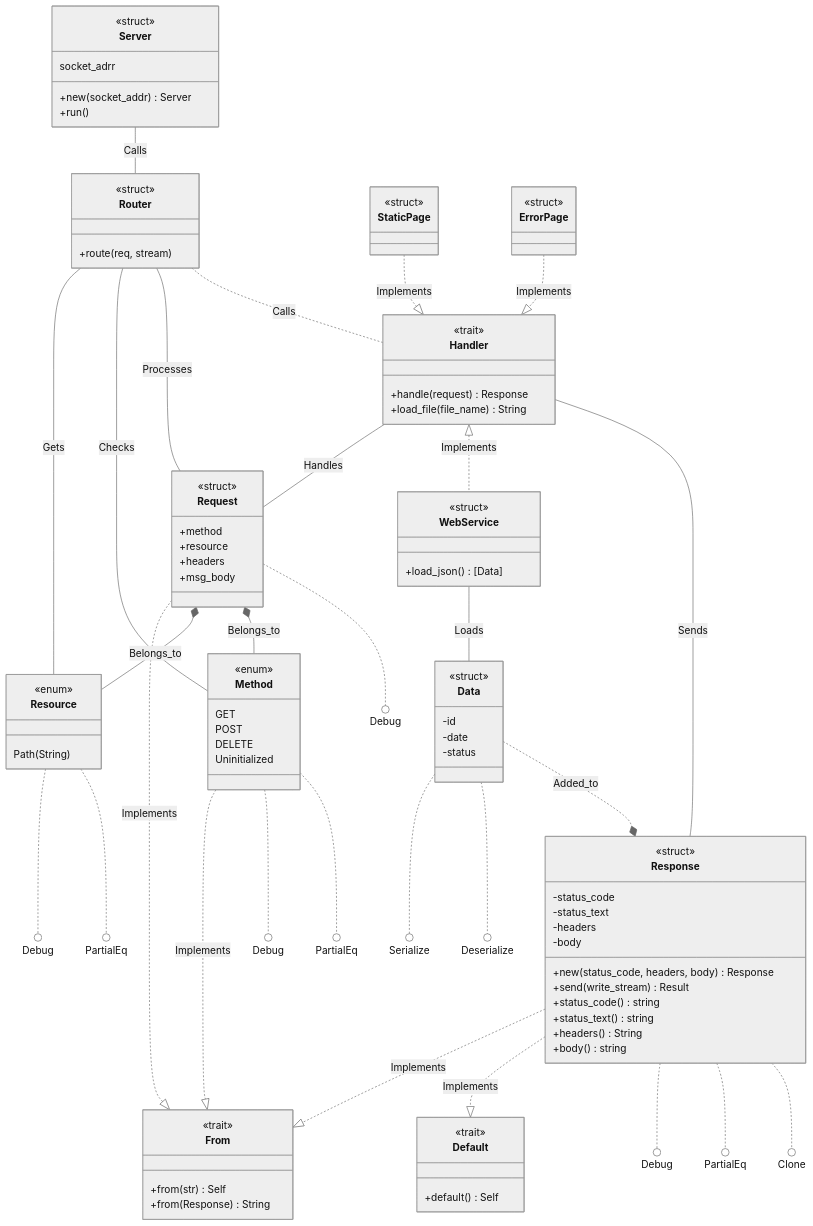
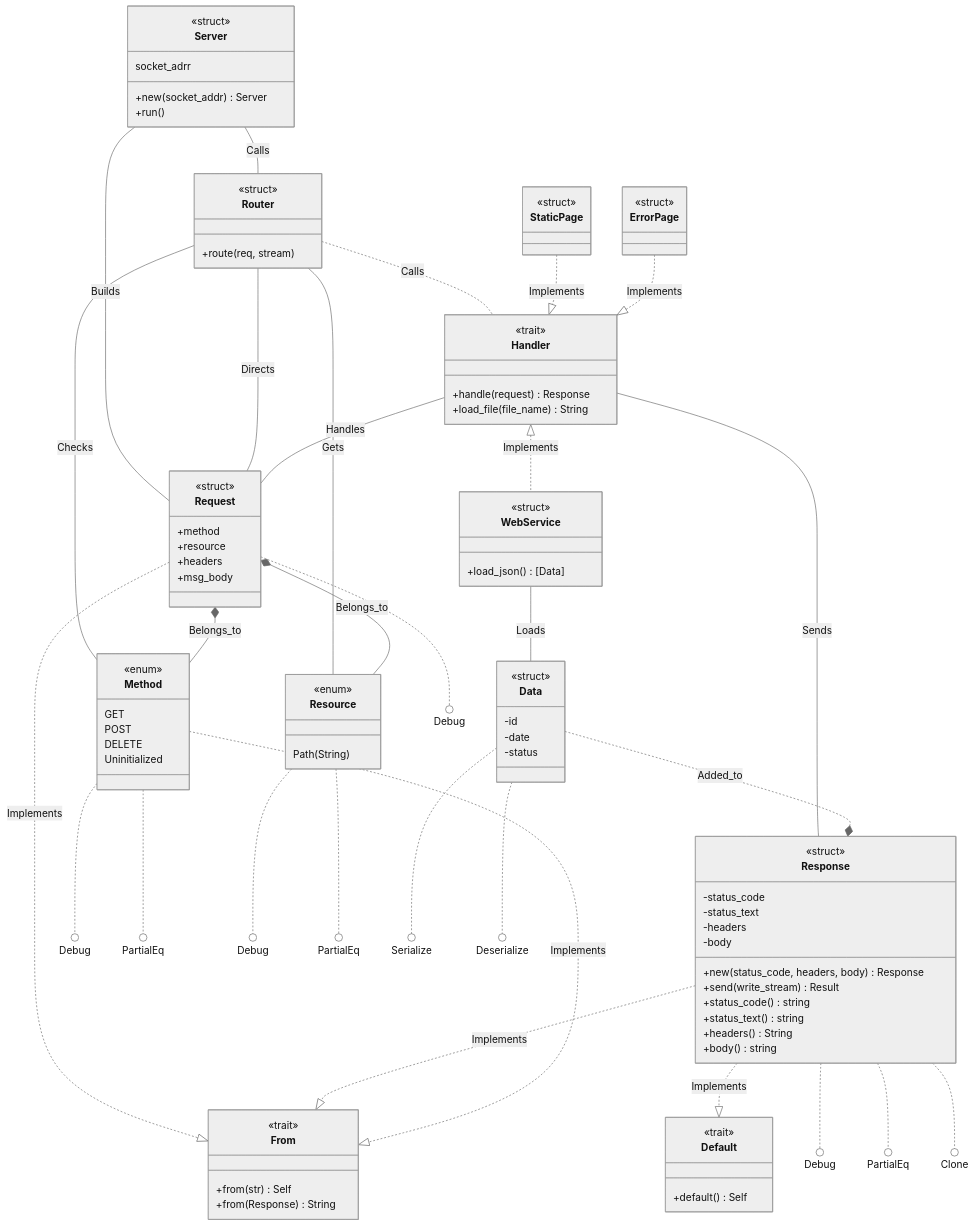
Before and after one commit to 8lkc/localhost: the third of 4 diagrams in README.md, drawn with Mermaid (neutral theme). The commit also changed other lines of this file, not shown here.

```diff
--- a/README.md
+++ b/README.md
@@ -277,10 +280,11 @@
 Response ..|> Default: Implements
 Method ..|> From: Implements
 
+Server -- Request: Builds
 Server -- Router: Calls
 Router -- Resource: Gets
 Router -- Method: Checks
-Router -- Request: Processes
+Router -- Request: Directs
 Router .. Handler: Calls
 Handler -- Request: Handles
 Handler <|.. WebService: Implements
```
